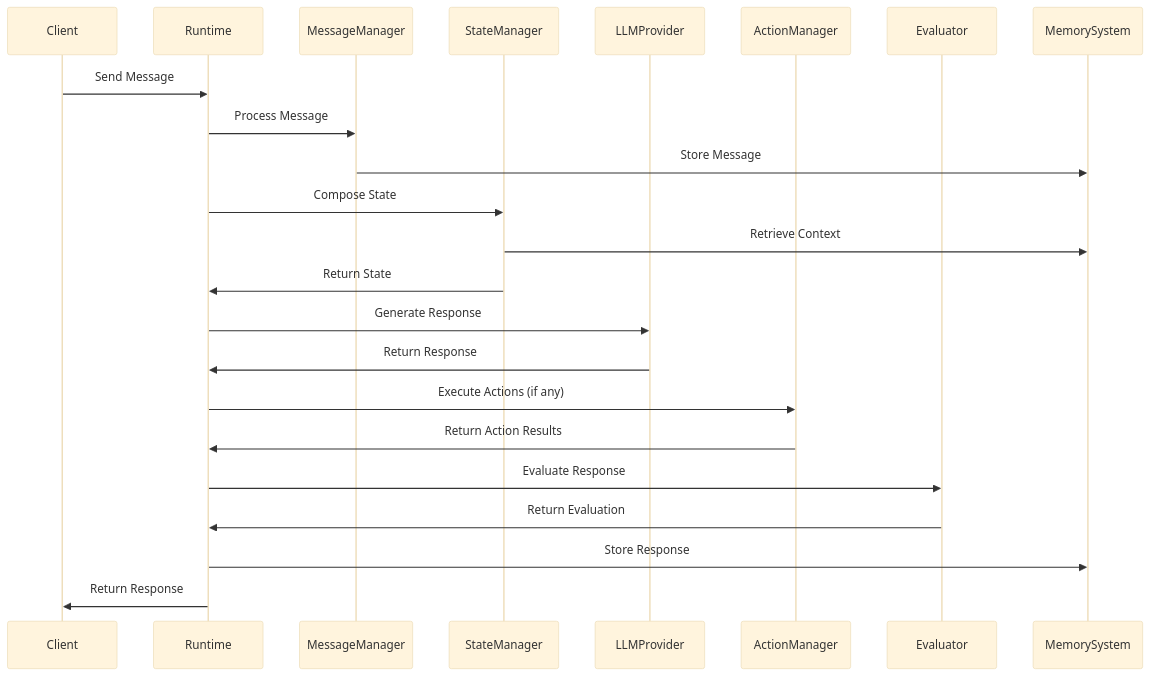
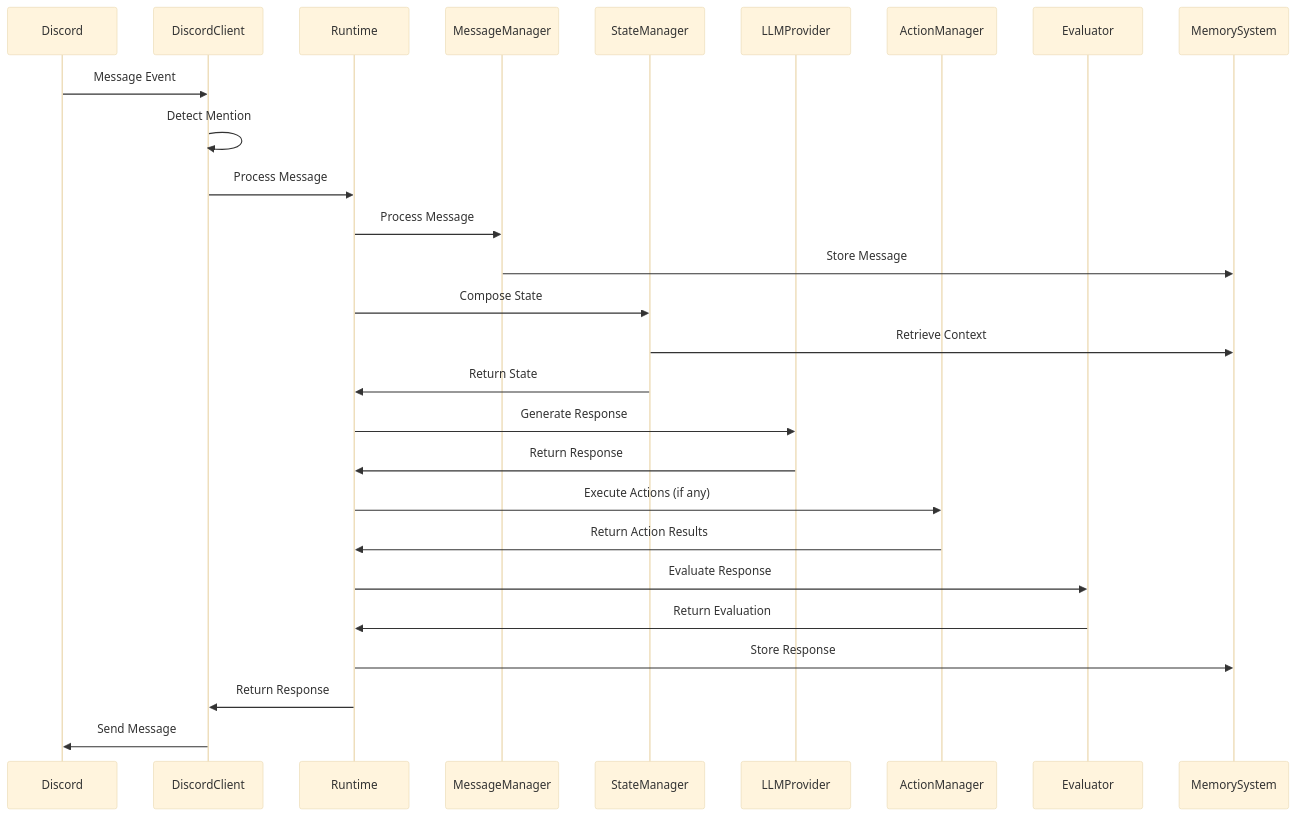
Before and after one commit to granthooks/Carrier: the second of 3 diagrams in memory-bank/systemPatterns.md, drawn with Mermaid (base theme). The commit also changed other lines of this file and 12 other files, not shown here.

````diff
--- a/memory-bank/systemPatterns.md
+++ b/memory-bank/systemPatterns.md
@@ -185,26 +210,30 @@
 ```mermaid
 sequenceDiagram
-    participant Client
+    participant Discord
+    participant DiscordClient
     participant Runtime
     participant MessageManager
     participant StateManager
     participant LLMProvider
     participant ActionManager
     participant Evaluator
     participant MemorySystem
     
-    Client->>Runtime: Send Message
+    Discord->>DiscordClient: Message Event
+    DiscordClient->>DiscordClient: Detect Mention
+    DiscordClient->>Runtime: Process Message
     Runtime->>MessageManager: Process Message
     MessageManager->>MemorySystem: Store Message
     Runtime->>StateManager: Compose State
     StateManager->>MemorySystem: Retrieve Context
     StateManager->>Runtime: Return State
     Runtime->>LLMProvider: Generate Response
     LLMProvider->>Runtime: Return Response
     Runtime->>ActionManager: Execute Actions (if any)
     ActionManager->>Runtime: Return Action Results
     Runtime->>Evaluator: Evaluate Response
     Evaluator->>Runtime: Return Evaluation
     Runtime->>MemorySystem: Store Response
-    Runtime->>Client: Return Response
+    Runtime->>DiscordClient: Return Response
+    DiscordClient->>Discord: Send Message
 ```
````
